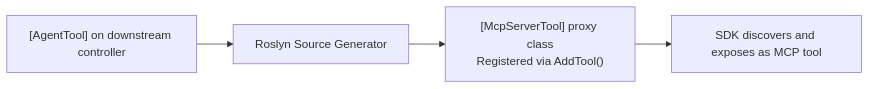
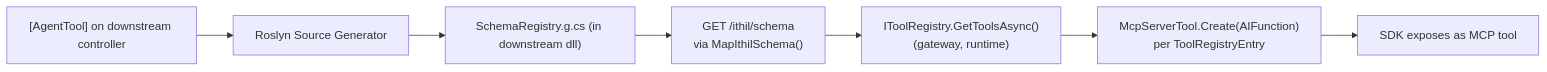
One commit to robcross1977/Ithil changed the sixth of 6 diagrams in Design/InProgress/14-McpSdkMigration.md. Above: the diagram before and after it, drawn with Mermaid. The commit also changed other lines of this file and 24 other files, not shown here.

````diff
--- a/Design/InProgress/14-McpSdkMigration.md
+++ b/Design/InProgress/14-McpSdkMigration.md
@@ -158,6 +163,9 @@
 ```mermaid
 flowchart LR
     A["[AgentTool] on downstream controller"] --> B[Roslyn Source Generator]
-    B --> C["[McpServerTool] proxy class\nRegistered via AddTool<T>()"]
-    C --> D[SDK discovers and exposes as MCP tool]
+    B --> C["SchemaRegistry.g.cs (in downstream dll)"]
+    C --> D["GET /ithil/schema\nvia MapIthilSchema()"]
+    D --> E["IToolRegistry.GetToolsAsync()\n(gateway, runtime)"]
+    E --> F["McpServerTool.Create(AIFunction)\nper ToolRegistryEntry"]
+    F --> G[SDK exposes as MCP tool]
 ```
````
